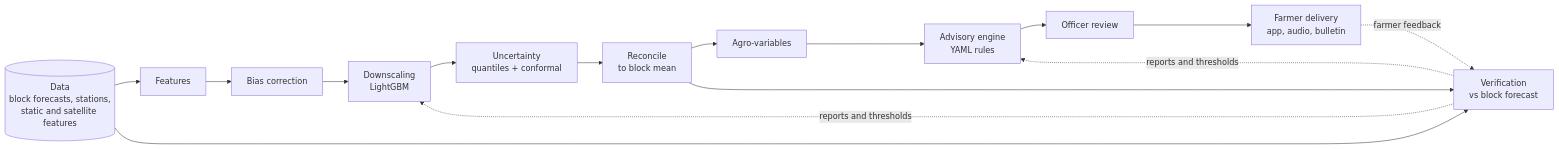
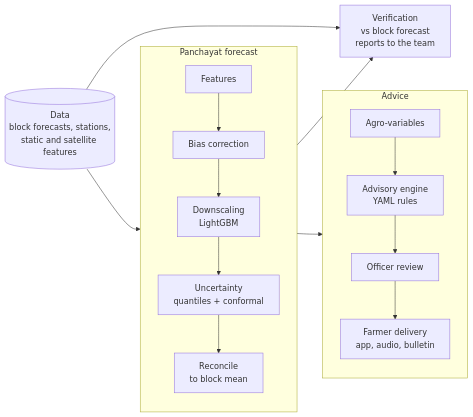
Before and after one commit to joshi-mishita/GramDrishti: the diagram in README.md, drawn with Mermaid. The commit also changed other lines of this file and 1 other file, not shown here.

First line of the commit message:
docs: final README with screenshots, features mapped to the problem, limitations, roadmap

````diff
--- a/README.md
+++ b/README.md
@@ -26,18 +19,17 @@
 ```mermaid
 flowchart LR
-    D[("Data<br/>block forecasts, stations,<br/>static and satellite features")] --> F[Features]
-    F --> BC[Bias correction]
-    BC --> DS[Downscaling<br/>LightGBM]
-    DS --> U[Uncertainty<br/>quantiles + conformal]
-    U --> R[Reconcile<br/>to block mean]
-    R --> AV[Agro-variables]
-    AV --> AE[Advisory engine<br/>YAML rules]
-    AE --> OR[Officer review]
-    OR --> FD[Farmer delivery<br/>app, audio, bulletin]
-
-    R --> V[Verification<br/>vs block forecast]
+    D[("Data<br/>block forecasts, stations,<br/>static and satellite features")]
+    subgraph forecast["Panchayat forecast"]
+        direction TB
+        F[Features] --> BC[Bias correction] --> DS[Downscaling<br/>LightGBM] --> U[Uncertainty<br/>quantiles + conformal] --> R[Reconcile<br/>to block mean]
+    end
+    subgraph advice["Advice"]
+        direction TB
+        AV[Agro-variables] --> AE[Advisory engine<br/>YAML rules] --> OR[Officer review] --> FD[Farmer delivery<br/>app, audio, bulletin]
+    end
+    V[Verification<br/>vs block forecast<br/>reports to the team]
+    D --> forecast
+    forecast --> advice
+    forecast --> V
     D --> V
-    FD -. farmer feedback .-> V
-    V -. reports and thresholds .-> DS
-    V -. reports and thresholds .-> AE
 ```
````
